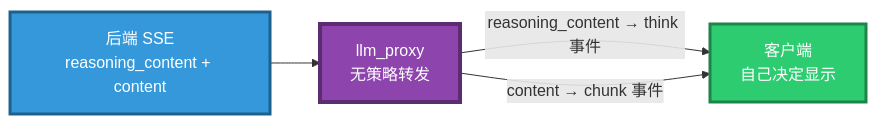
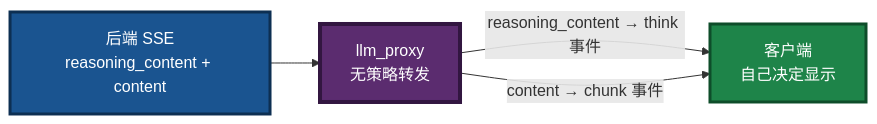
The tenth of 39 diagrams in src/llm-service/LingoFuse_LLM_Service_Work_Summary.md (PassByYou888/LingoFuse-pasAgent), drawn with Mermaid before and after one commit. The commit also changed other lines of this file, not shown here.

````diff
--- a/src/llm-service/LingoFuse_LLM_Service_Work_Summary.md
+++ b/src/llm-service/LingoFuse_LLM_Service_Work_Summary.md
@@ -347,14 +377,10 @@
 ```mermaid
 flowchart LR
-    BE["后端 SSE<br/>reasoning_content + content"]
-    PROXY["llm_proxy<br/>无策略转发"]
-    CLI["客户端<br/>自己决定显示"]
-
-    BE --> PROXY
-    PROXY -->|"reasoning_content → think 事件"| CLI
+    BE["后端 SSE<br/>reasoning_content + content"] --> PROXY["llm_proxy<br/>无策略转发"]
+    PROXY -->|"reasoning_content → think 事件"| CLI["客户端<br/>自己决定显示"]
     PROXY -->|"content → chunk 事件"| CLI
 
-    style PROXY fill:#8E44AD,stroke:#5B2C6F,stroke-width:4px,color:#FFFFFF
-    style BE fill:#3498DB,stroke:#1F618D,stroke-width:3px,color:#FFFFFF
-    style CLI fill:#2ECC71,stroke:#1E8449,stroke-width:3px,color:#FFFFFF
+    style PROXY fill:#5B2C6F,stroke:#321640,stroke-width:4px,color:#FFFFFF
+    style BE fill:#1A5490,stroke:#0D2F52,stroke-width:3px,color:#FFFFFF
+    style CLI fill:#1E8449,stroke:#0E4D2A,stroke-width:3px,color:#FFFFFF
 ```
````
